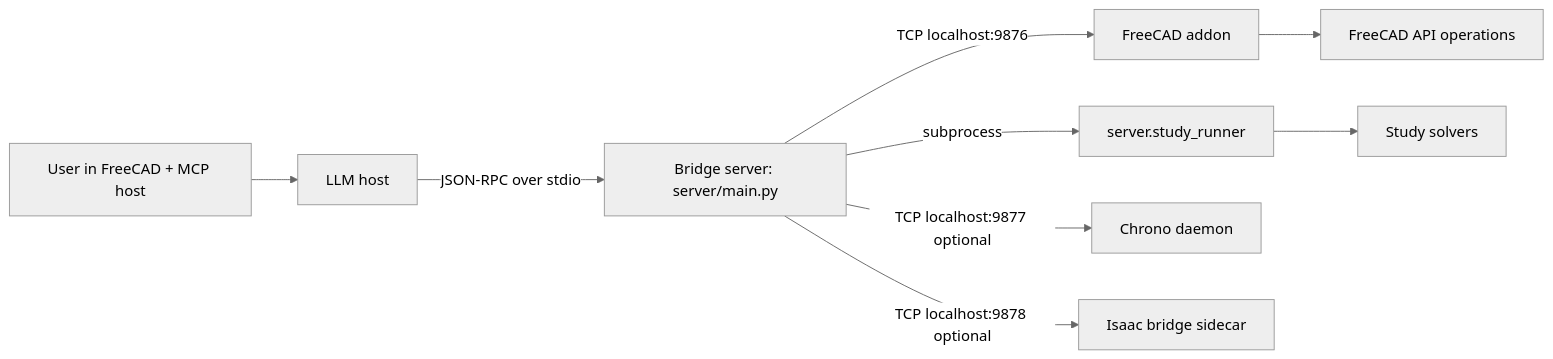
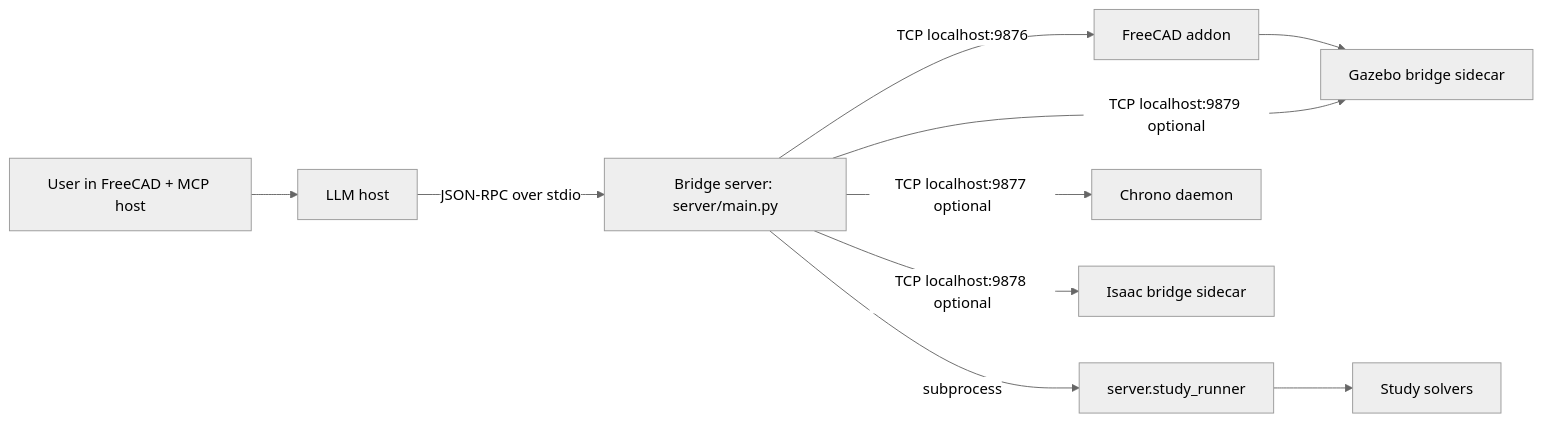
The diagram in README.md (John-Cusack/solidmind-cad), drawn with Mermaid (neutral theme) before and after one commit. The commit also changed other lines of this file and 28 other files, not shown here.

````diff
--- a/README.md
+++ b/README.md
@@ -38,13 +38,14 @@
 ```mermaid
 flowchart LR
     U[User in FreeCAD + MCP host] --> H[LLM host]
     H -->|JSON-RPC over stdio| S[Bridge server: server/main.py]
     S -->|TCP localhost:9876| F[FreeCAD addon]
     F --> G[FreeCAD API operations]
 
     S -->|subprocess| R[server.study_runner]
     R --> V[Study solvers]
 
     S -->|TCP localhost:9877 optional| C[Chrono daemon]
     S -->|TCP localhost:9878 optional| I[Isaac bridge sidecar]
+    S -->|TCP localhost:9879 optional| G[Gazebo bridge sidecar]
 ```
````
